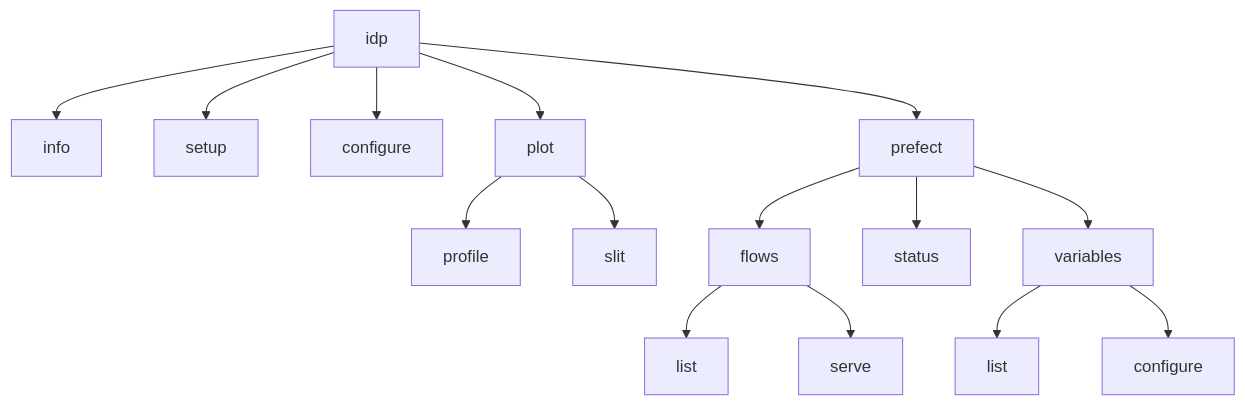
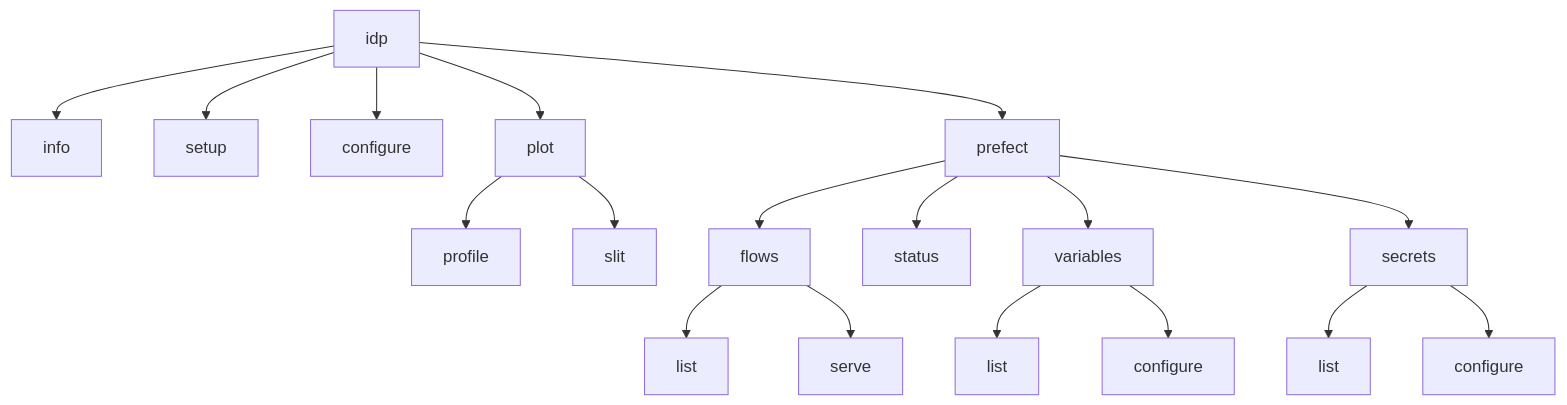
One commit to irsol-locarno/irsol-data-pipeline changed the first of 2 diagrams in docs/cli/cli_usage.md. Above: the diagram before and after it, drawn with Mermaid. The commit also changed other lines of this file and 12 other files, not shown here.

Commit message:
feat: add Prefect secrets management and CLI commands (#45)

````diff
--- a/docs/cli/cli_usage.md
+++ b/docs/cli/cli_usage.md
@@ -11,39 +11,45 @@
 ```mermaid
 flowchart TD
     IDP["idp"]
     INFO["info"]
     SETUP["setup"]
     CONFIGURE["configure"]
     PLOT["plot"]
     PREFECT["prefect"]
 
     PROFILE["profile"]
     SLIT["slit"]
 
     FLOWS["flows"]
     STATUS["status"]
     VARS["variables"]
+    SECRETS["secrets"]
 
     LIST_F["list"]
     SERVE["serve"]
     LIST_V["list"]
     CONFIGURE_V["configure"]
+    LIST_S["list"]
+    CONFIGURE_S["configure"]
 
     IDP --> INFO
     IDP --> SETUP
     IDP --> CONFIGURE
     IDP --> PLOT
     IDP --> PREFECT
 
     PLOT --> PROFILE
     PLOT --> SLIT
 
     PREFECT --> FLOWS
     PREFECT --> STATUS
     PREFECT --> VARS
+    PREFECT --> SECRETS
 
     FLOWS --> LIST_F
     FLOWS --> SERVE
     VARS --> LIST_V
     VARS --> CONFIGURE_V
+    SECRETS --> LIST_S
+    SECRETS --> CONFIGURE_S
 ```
````
